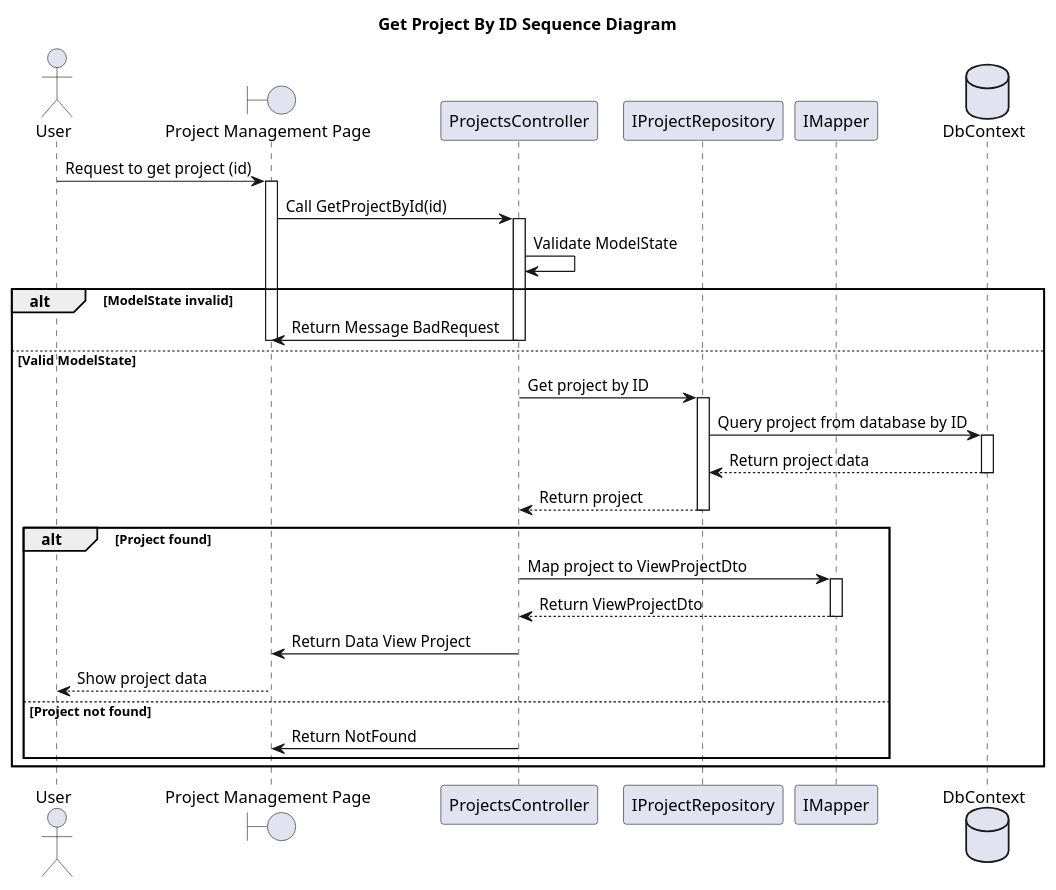
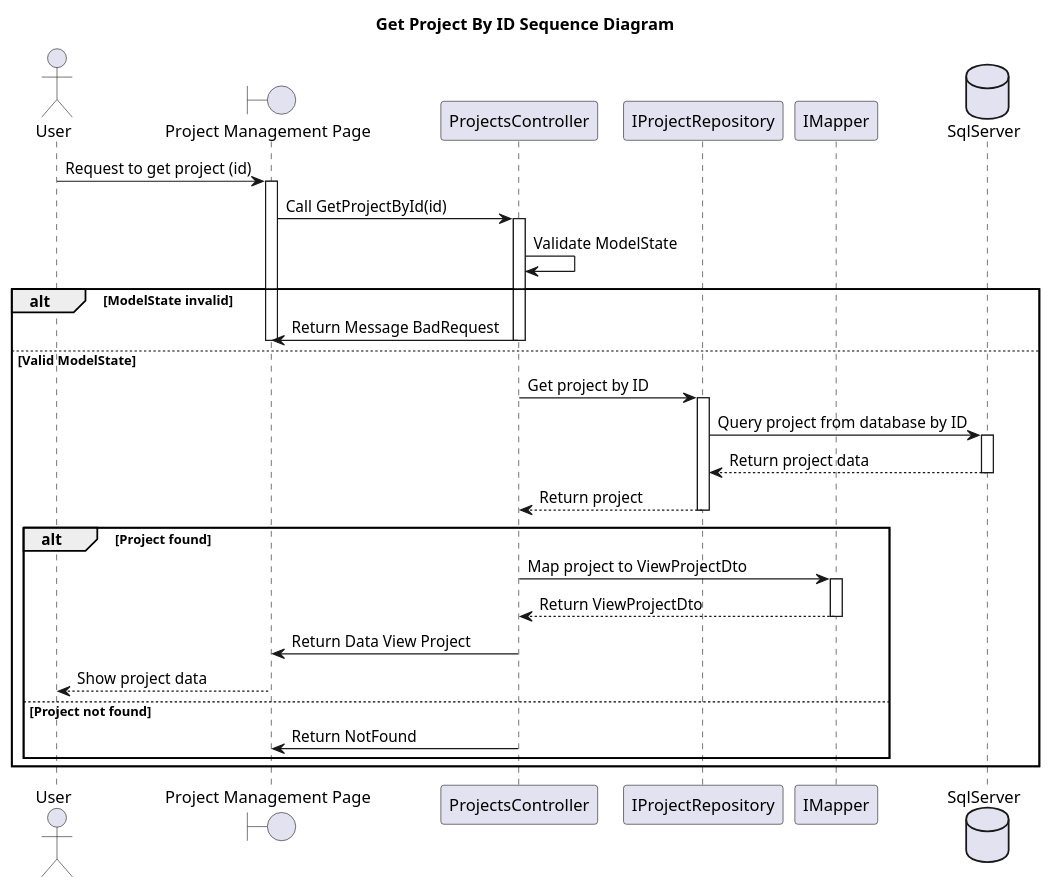
Before and after one commit to Caothuludau/InSyncDocument: the diagram in ClassDiagram/ProjectManagement/ViewProjectDetailSequenceDiagram.plantuml, drawn with PlantUML. The commit also changed 40 other files, not shown here.

Commit message:
vẽ clas sequence diagram document , cate, page

```diff
--- a/ClassDiagram/ProjectManagement/ViewProjectDetailSequenceDiagram.plantuml
+++ b/ClassDiagram/ProjectManagement/ViewProjectDetailSequenceDiagram.plantuml
@@ -1,49 +1,49 @@
 @startuml
 skinparam classAttributeIconSize 0
 Title Get Project By ID Sequence Diagram
 
 actor "User" as U
 boundary "Project Management Page" as PPage
 participant "ProjectsController" as ProjectsController
 participant "IProjectRepository" as IProjectRepo
 participant "IMapper" as Mapper
-database "DbContext" as DbContext
+database "SqlServer" as DbContext
 
 U -> PPage : Request to get project (id)
 activate PPage
 
 PPage -> ProjectsController : Call GetProjectById(id)
 activate ProjectsController
 
 ProjectsController -> ProjectsController : Validate ModelState
 alt ModelState invalid
     ProjectsController -> PPage : Return Message BadRequest
     deactivate PPage
     deactivate ProjectsController
 else Valid ModelState
     ProjectsController -> IProjectRepo : Get project by ID
     activate IProjectRepo
     IProjectRepo -> DbContext : Query project from database by ID
     activate DbContext
     DbContext --> IProjectRepo : Return project data
     deactivate DbContext
     IProjectRepo --> ProjectsController : Return project
     deactivate IProjectRepo
 
     alt Project found
         ProjectsController -> Mapper : Map project to ViewProjectDto
         activate Mapper
         Mapper --> ProjectsController : Return ViewProjectDto
         deactivate Mapper
         ProjectsController -> PPage : Return Data View Project
         deactivate ProjectsController
         PPage --> U : Show project data
         deactivate PPage
     else Project not found
         ProjectsController -> PPage : Return NotFound
         deactivate PPage
         deactivate ProjectsController
     end
 end
 
 @enduml
```
